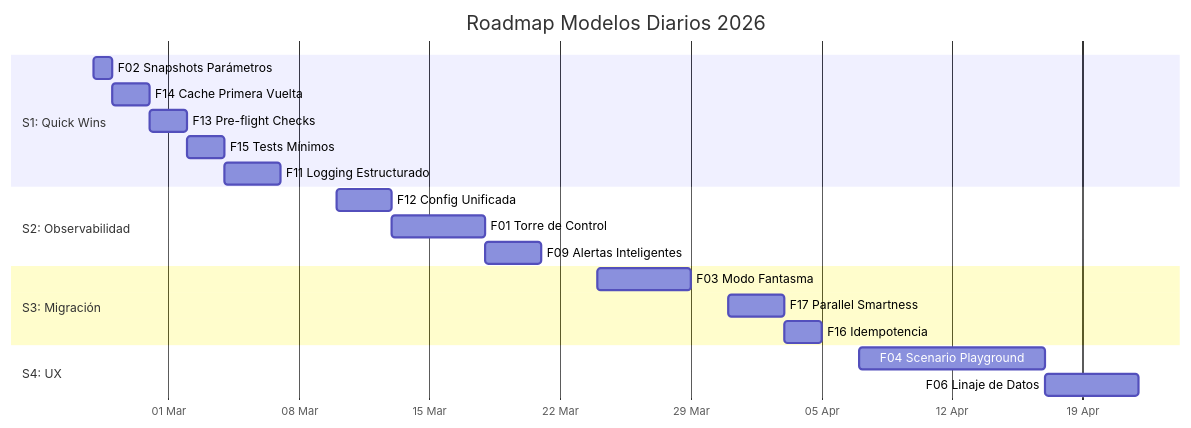
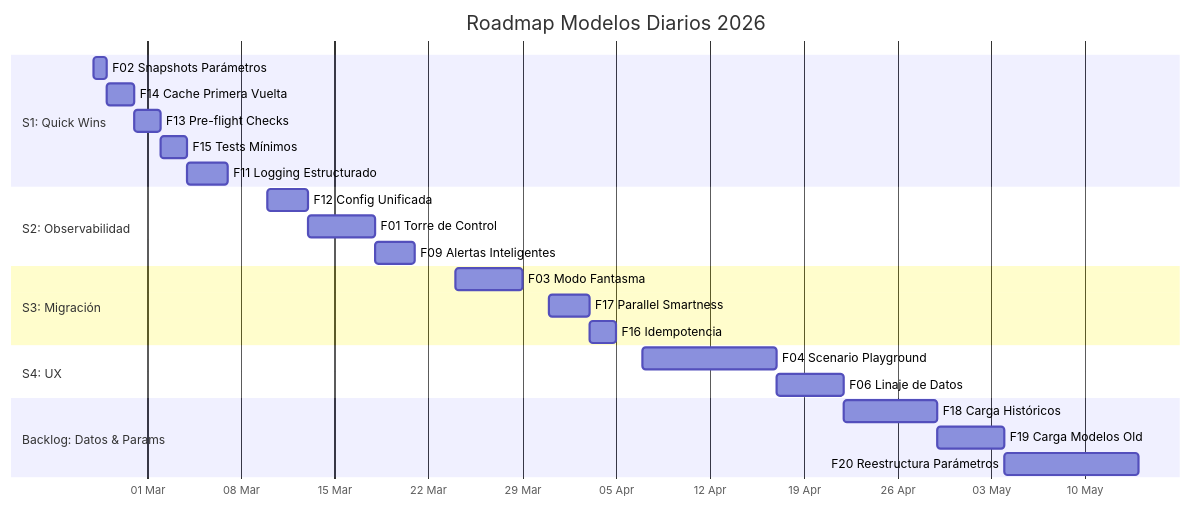
One commit to vmlandae/bfa-cl-modelos-diarios-v1 changed the first of 2 diagrams in docs/roadmap/index.md. Above: the diagram before and after it, drawn with Mermaid. The commit also changed other lines of this file and 5 other files, not shown here.

First line of the commit message:
feat(roadmap): add F18 F19 F20 features with draft plans

````diff
--- a/docs/roadmap/index.md
+++ b/docs/roadmap/index.md
@@ -13,27 +13,32 @@
 ```mermaid
 gantt
     title Roadmap Modelos Diarios 2026
     dateFormat  YYYY-MM-DD
     axisFormat  %d %b
 
     section S1: Quick Wins
     F02 Snapshots Parámetros     :f02, 2026-02-25, 1d
     F14 Cache Primera Vuelta     :f14, 2026-02-26, 2d
     F13 Pre-flight Checks        :f13, 2026-02-28, 2d
     F15 Tests Mínimos            :f15, 2026-03-02, 2d
     F11 Logging Estructurado     :f11, 2026-03-04, 3d
 
     section S2: Observabilidad
     F12 Config Unificada         :f12, 2026-03-10, 3d
     F01 Torre de Control         :f01, 2026-03-13, 5d
     F09 Alertas Inteligentes     :f09, 2026-03-18, 3d
 
     section S3: Migración
     F03 Modo Fantasma            :f03, 2026-03-24, 5d
     F17 Parallel Smartness       :f17, 2026-03-31, 3d
     F16 Idempotencia             :f16, 2026-04-03, 2d
 
     section S4: UX
     F04 Scenario Playground      :f04, 2026-04-07, 10d
     F06 Linaje de Datos          :f06, 2026-04-17, 5d
+
+    section Backlog: Datos & Params
+    F18 Carga Históricos         :f18, after f06, 7d
+    F19 Carga Modelos Old        :f19, after f18, 5d
+    F20 Reestructura Parámetros  :f20, after f19, 10d
 ```
````
